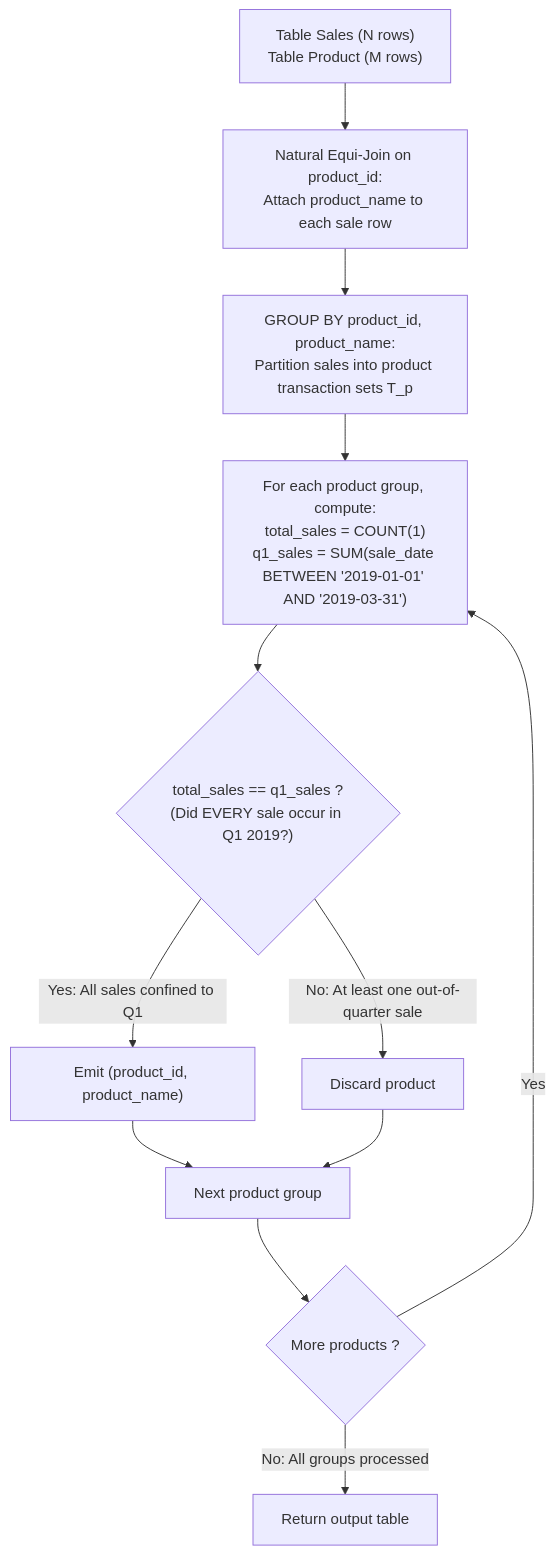
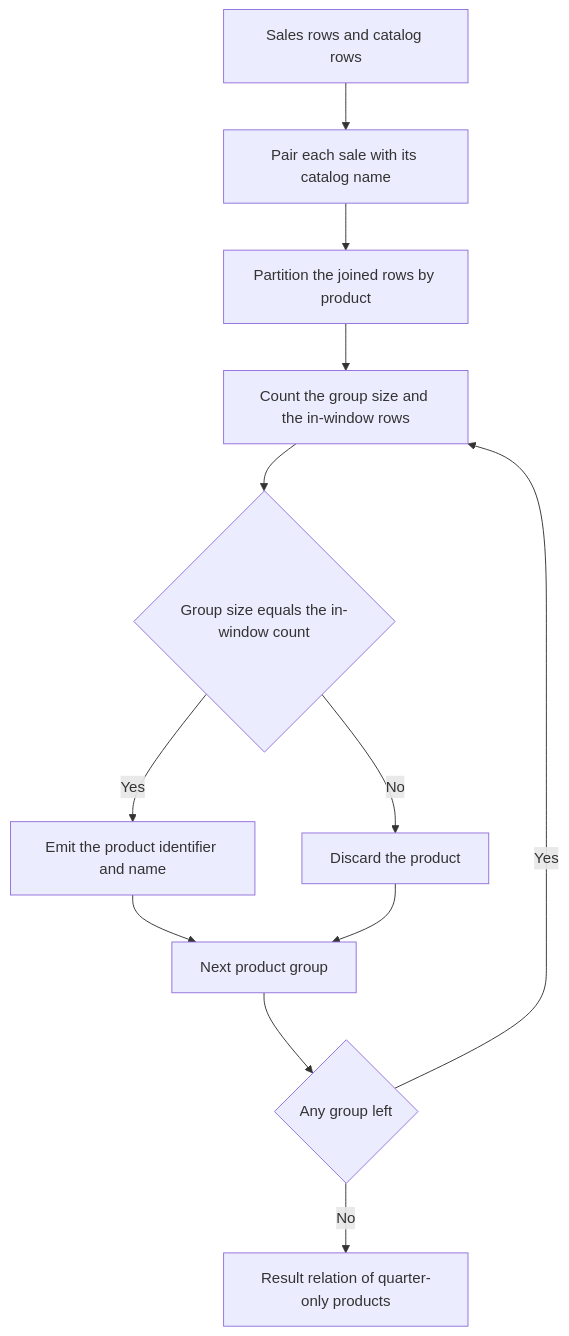
One commit to dawei7/code_n changed the diagram in dsa/leetcode/1084_sales-analysis-iii/guided_example.md. Above: the diagram before and after it, drawn with Mermaid. The commit also changed other lines of this file and 24 other files, not shown here.

````diff
--- a/dsa/leetcode/1084_sales-analysis-iii/guided_example.md
+++ b/dsa/leetcode/1084_sales-analysis-iii/guided_example.md
@@ -125,16 +109,16 @@
 ```mermaid
 flowchart TD
-    accTitle: Sales Analysis III Pipeline
-    accDescr: Flowchart illustrating equi-join of Sales and Product, grouping by product, and universal date confinement filtering
-    Start["Table Sales (N rows)\nTable Product (M rows)"] --> HashJoin["Natural Equi-Join on product_id:\nAttach product_name to each sale row"]
-    HashJoin --> GroupProduct["GROUP BY product_id, product_name:\nPartition sales into product transaction sets T_p"]
-    GroupProduct --> EvalWindow["For each product group, compute:\ntotal_sales = COUNT(1)\nq1_sales = SUM(sale_date BETWEEN '2019-01-01' AND '2019-03-31')"]
-    EvalWindow --> CheckConfinement{"total_sales == q1_sales ?\n(Did EVERY sale occur in Q1 2019?)"}
-    CheckConfinement -->|"Yes: All sales confined to Q1"| RetainProduct["Emit (product_id, product_name)"]
-    CheckConfinement -->|"No: At least one out-of-quarter sale"| DiscardProduct["Discard product"]
-    RetainProduct --> NextGroup["Next product group"]
-    DiscardProduct --> NextGroup
-    NextGroup --> CheckDone{"More products ?"}
-    CheckDone -->|"Yes"| EvalWindow
-    CheckDone -->|"No: All groups processed"| Finish["Return output table"]
+    accTitle: Quarter Confinement Pipeline
+    accDescr: Sales rows are paired with catalog names, partitioned into per-product groups, and each group compares its size with its in-window row count to decide whether every sale lies inside the first quarter
+    Rows["Sales rows and catalog rows"] --> Join["Pair each sale with its catalog name"]
+    Join --> Group["Partition the joined rows by product"]
+    Group --> Count["Count the group size and the in-window rows"]
+    Count --> Test{"Group size equals the in-window count"}
+    Test -->|"Yes"| Emit["Emit the product identifier and name"]
+    Test -->|"No"| Skip["Discard the product"]
+    Emit --> Next["Next product group"]
+    Skip --> Next
+    Next --> Done{"Any group left"}
+    Done -->|"Yes"| Count
+    Done -->|"No"| Out["Result relation of quarter-only products"]
 ```
````
